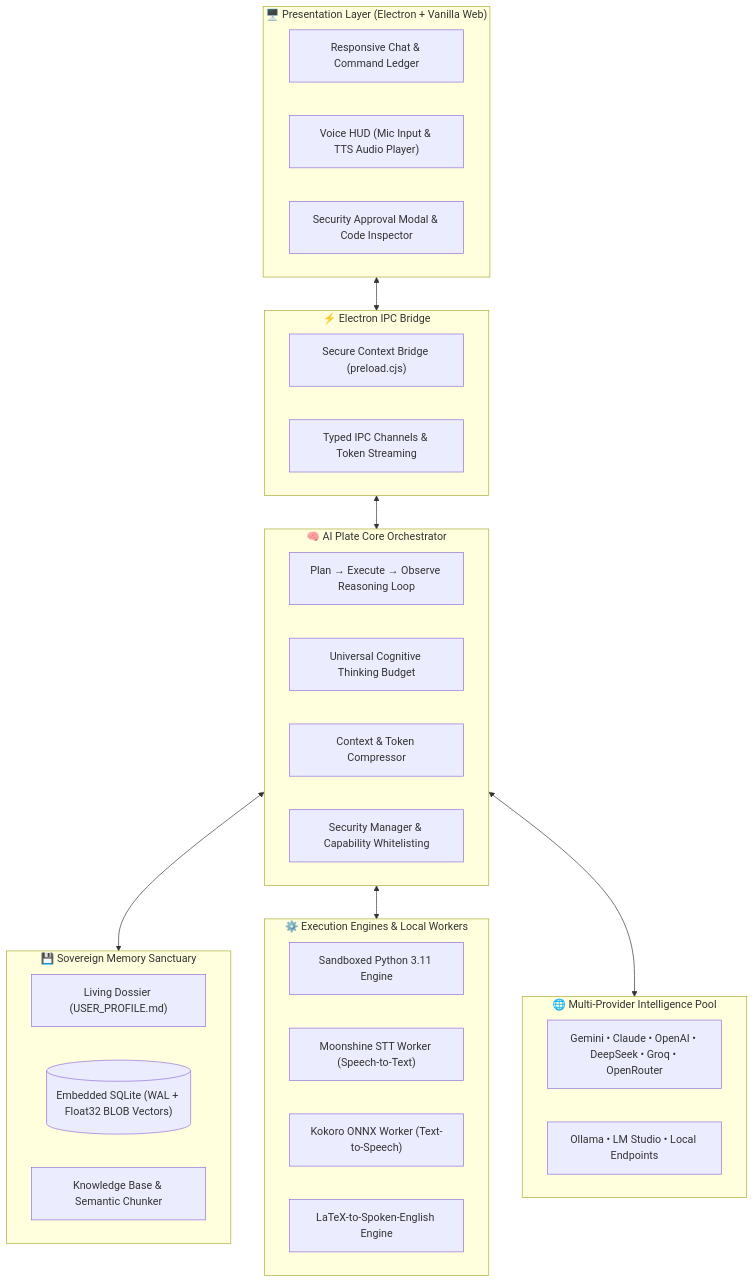
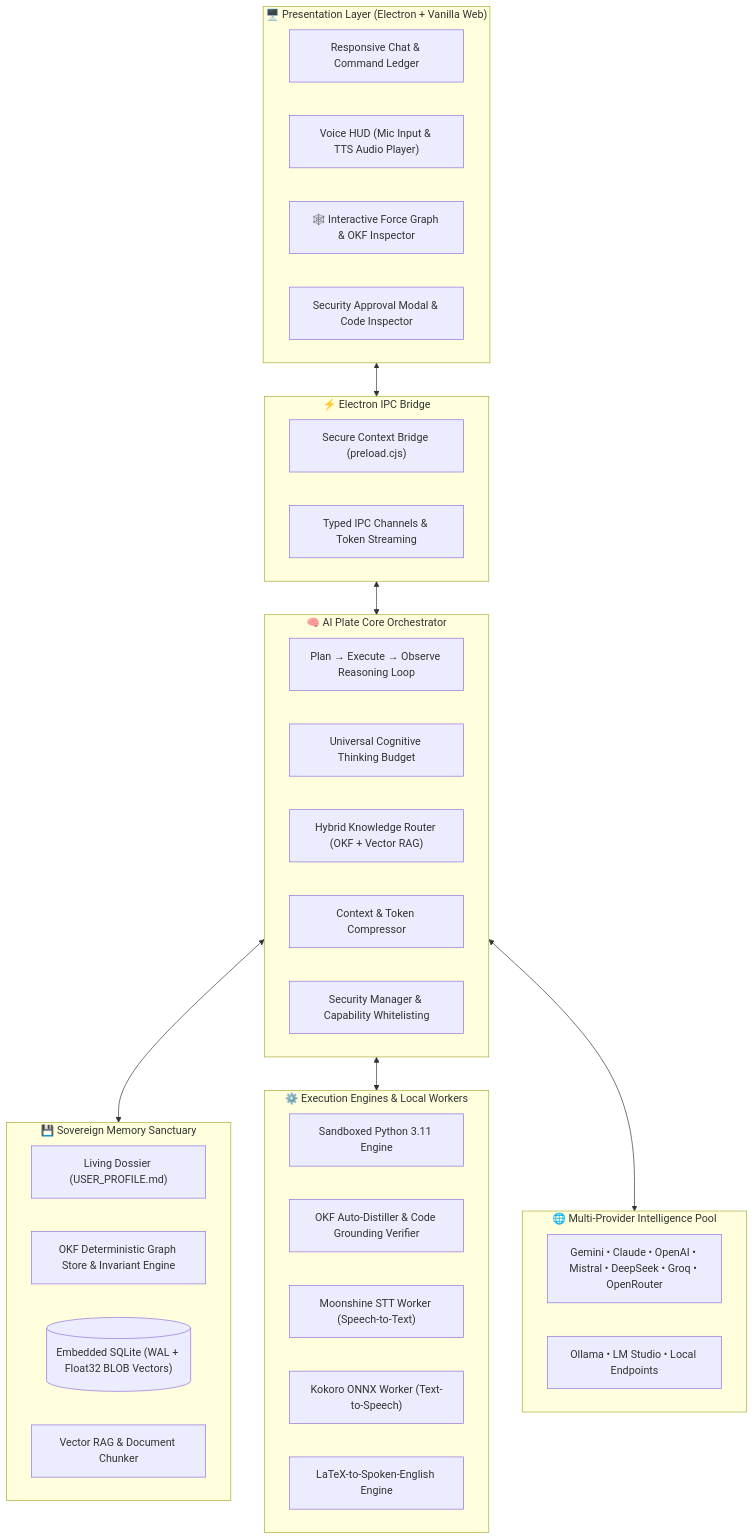
The diagram in README.md (Typo-Bunch/AI-Plate), drawn with Mermaid before and after one commit. The commit also changed other lines of this file, not shown here.

Commit message:
docs: document OKF knowledge graph, auto-distillation, force graph, and mistral provider

````diff
--- a/README.md
+++ b/README.md
@@ -83,44 +85,48 @@
 ```mermaid
 flowchart TB
     subgraph UI ["🖥️ Presentation Layer (Electron + Vanilla Web)"]
         Chat["Responsive Chat & Command Ledger"]
         VoiceIO["Voice HUD (Mic Input & TTS Audio Player)"]
+        GraphUI["🕸️ Interactive Force Graph & OKF Inspector"]
         Approval["Security Approval Modal & Code Inspector"]
     end
 
     subgraph IPC ["⚡ Electron IPC Bridge"]
         Preload["Secure Context Bridge (preload.cjs)"]
         Channels["Typed IPC Channels & Token Streaming"]
     end
 
     subgraph Core ["🧠 AI Plate Core Orchestrator"]
         Loop["Plan → Execute → Observe Reasoning Loop"]
         Thinking["Universal Cognitive Thinking Budget"]
+        HybridRouter["Hybrid Knowledge Router (OKF + Vector RAG)"]
         Compressor["Context & Token Compressor"]
         Security["Security Manager & Capability Whitelisting"]
     end
 
     subgraph Memory ["💾 Sovereign Memory Sanctuary"]
         Profile["Living Dossier (USER_PROFILE.md)"]
+        OKFStore["OKF Deterministic Graph Store & Invariant Engine"]
         SQLite[("Embedded SQLite (WAL + Float32 BLOB Vectors)")]
-        RAG["Knowledge Base & Semantic Chunker"]
+        RAG["Vector RAG & Document Chunker"]
     end
 
     subgraph Execution ["⚙️ Execution Engines & Local Workers"]
         PyEngine["Sandboxed Python 3.11 Engine"]
+        Distiller["OKF Auto-Distiller & Code Grounding Verifier"]
         Moonshine["Moonshine STT Worker (Speech-to-Text)"]
         Kokoro["Kokoro ONNX Worker (Text-to-Speech)"]
         LaTeX["LaTeX-to-Spoken-English Engine"]
     end
 
     subgraph Providers ["🌐 Multi-Provider Intelligence Pool"]
-        Cloud["Gemini • Claude • OpenAI • DeepSeek • Groq • OpenRouter"]
+        Cloud["Gemini • Claude • OpenAI • Mistral • DeepSeek • Groq • OpenRouter"]
         LocalLLM["Ollama • LM Studio • Local Endpoints"]
     end
 
     UI <--> IPC
     IPC <--> Core
     Core <--> Memory
     Core <--> Execution
     Core <--> Providers
 ```
````
